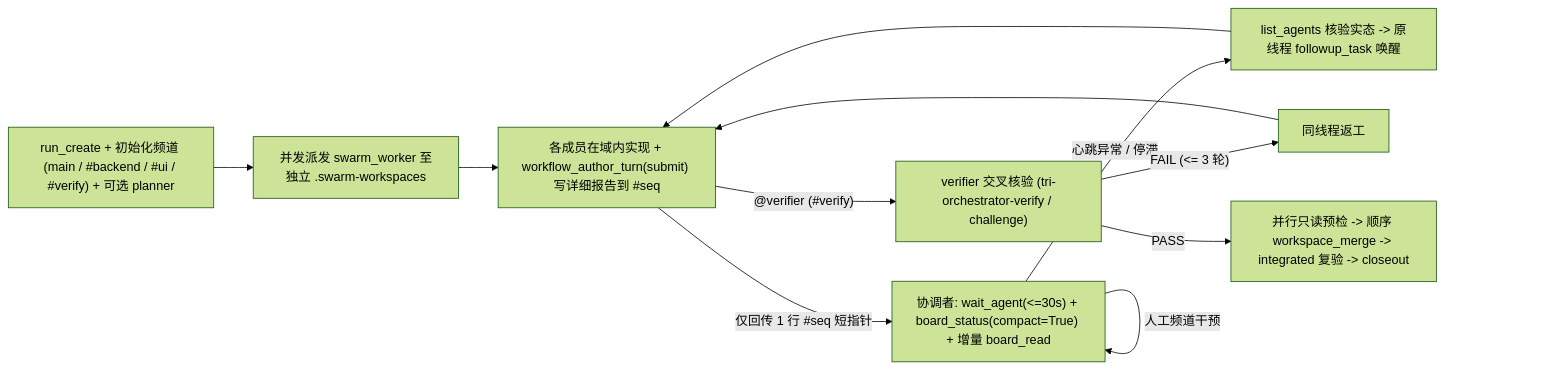
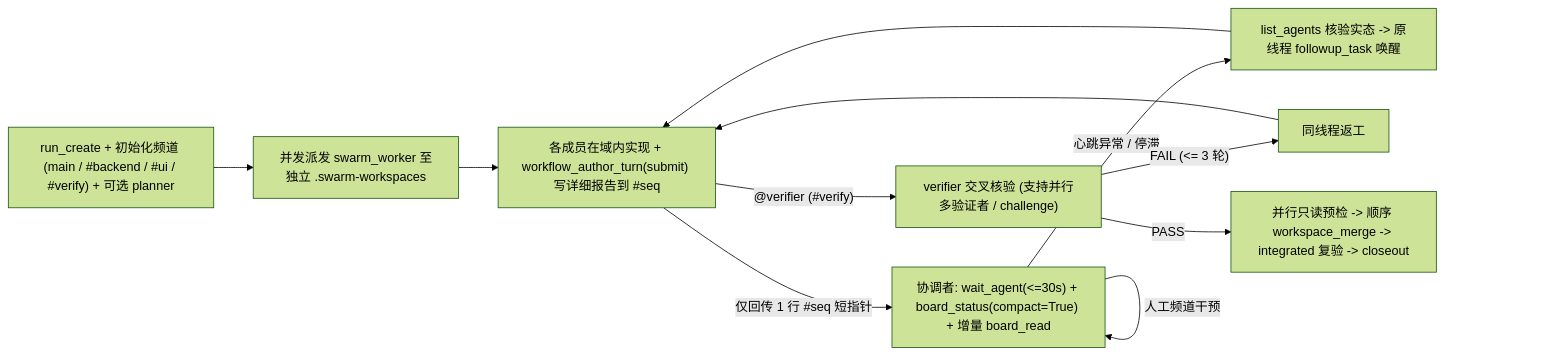
One commit to gongyuanshen/codex-orchestrator changed the fourth of 4 diagrams in README.md. Above: the diagram before and after it, drawn with Mermaid (forest theme). The commit also changed other lines of this file, not shown here.

````diff
--- a/README.md
+++ b/README.md
@@ -189,11 +189,11 @@
 ```mermaid
 flowchart LR
     Init["run_create + 初始化频道 (main / #backend / #ui / #verify) + 可选 planner"] --> Spawn["并发派发 swarm_worker 至独立 .swarm-workspaces"]
     Spawn --> Work["各成员在域内实现 + workflow_author_turn(submit) 写详细报告到 #seq"]
     Work -->|"仅回传 1 行 #seq 短指针"| CoordLoop["协调者: wait_agent(<=30s) + board_status(compact=True) + 增量 board_read"]
     CoordLoop -->|"心跳异常 / 停滞"| Recover["list_agents 核验实态 -> 原线程 followup_task 唤醒"] --> Work
     CoordLoop -->|"人工频道干预"| CoordLoop
-    Work -->|"@verifier (#verify)"| Ver["verifier 交叉核验 (tri-orchestrator-verify / challenge)"]
+    Work -->|"@verifier (#verify)"| Ver["verifier 交叉核验 (支持并行多验证者 / challenge)"]
     Ver -->|"FAIL (<= 3 轮)"| Rework["同线程返工"] --> Work
     Ver -->|"PASS"| Final["并行只读预检 -> 顺序 workspace_merge -> integrated 复验 -> closeout"]
 ```
````
